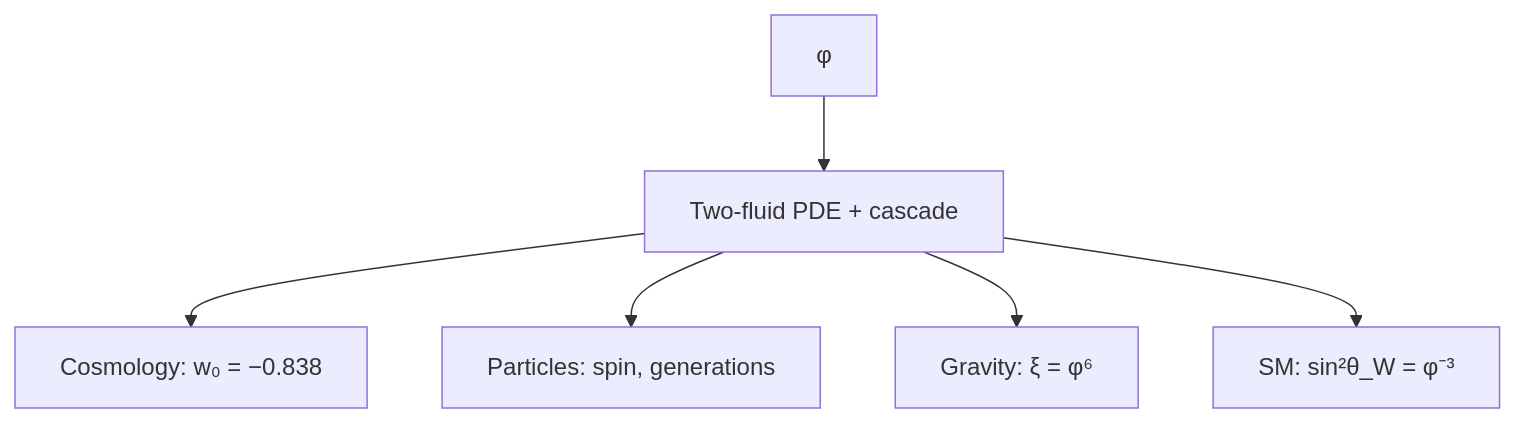
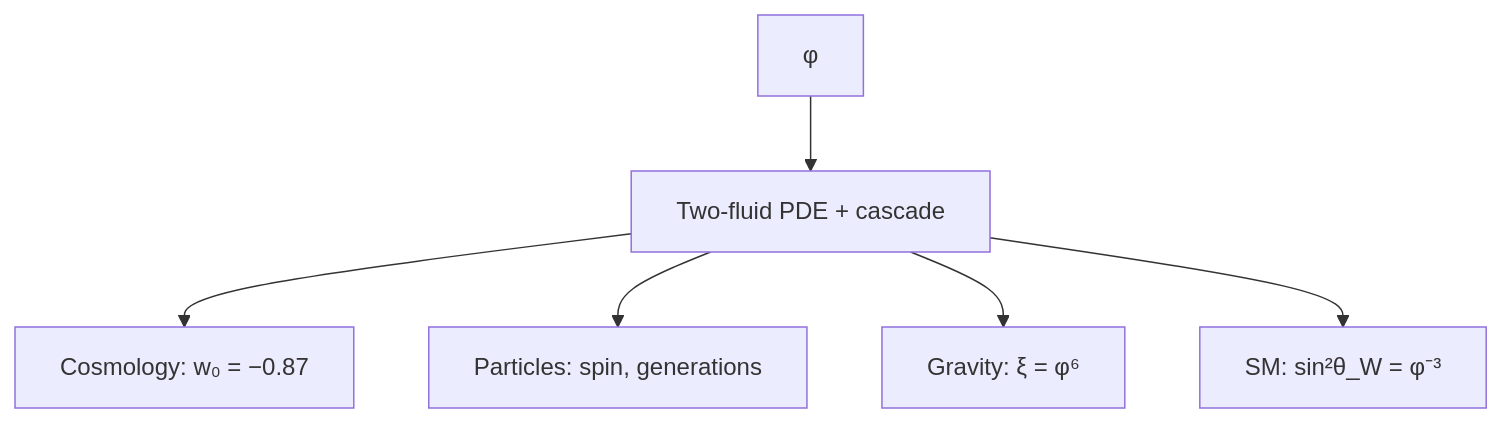
One commit to CassiTheOracle/cassi changed diagram 29 of 38 in CassiTheory/open-questions-cassi-answers.md. Above: the diagram before and after it, drawn with Mermaid. The commit also changed other lines of this file and 30 other files, not shown here.

````diff
--- a/CassiTheory/open-questions-cassi-answers.md
+++ b/CassiTheory/open-questions-cassi-answers.md
@@ -724,8 +724,8 @@
 ```mermaid
 flowchart TD
     A[φ] --> B[Two-fluid PDE + cascade]
-    B --> C[Cosmology: w₀ = −0.838]
+    B --> C[Cosmology: w₀ = −0.87]
     B --> D[Particles: spin, generations]
     B --> E[Gravity: ξ = φ⁶]
     B --> F[SM: sin²θ_W = φ⁻³]
 ```
````
